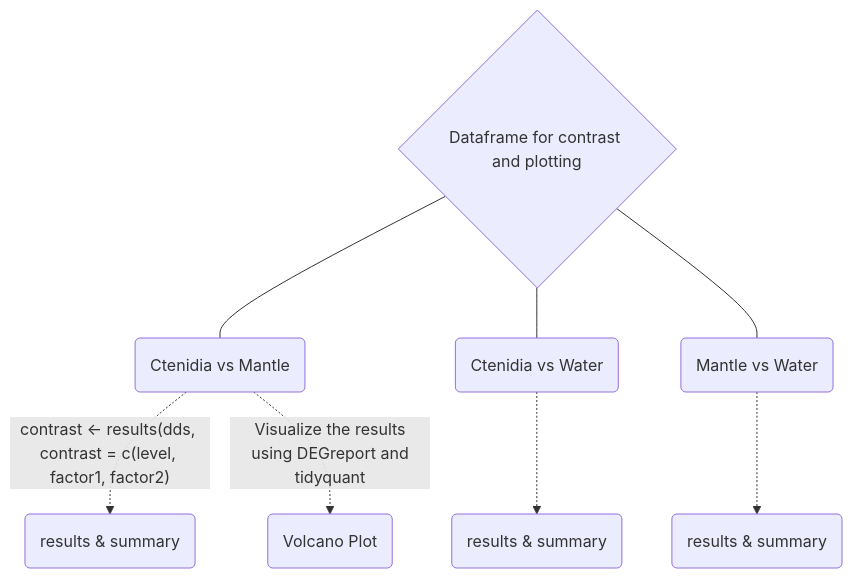
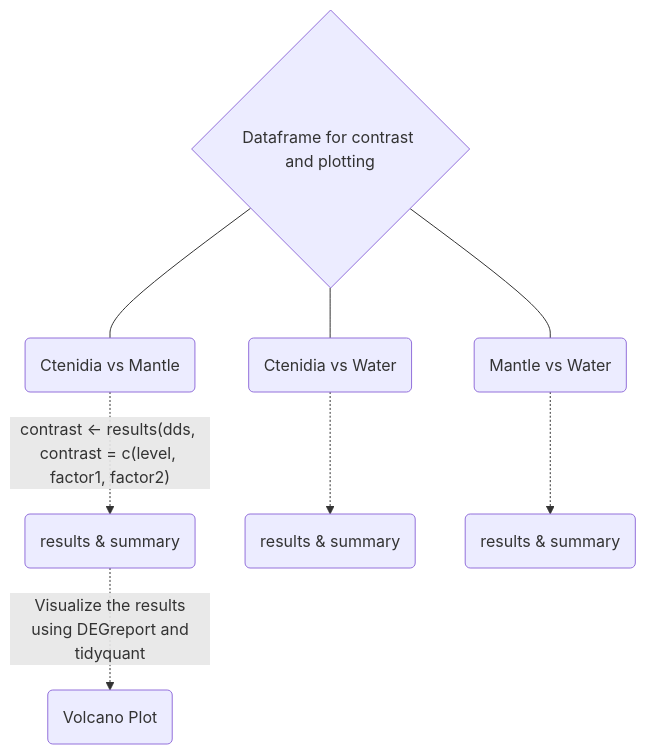
The fifth of 5 diagrams in README.md (aptejada/Mermaid-Markdown-Practice-File), drawn with Mermaid before and after one commit.

````diff
--- a/README.md
+++ b/README.md
@@ -79,10 +79,10 @@
 ```mermaid
 graph TD;
 A{Dataframe for contrast and plotting} ---B(Ctenidia vs Mantle) 
 A ---C(Ctenidia vs Water)
 A ---D(Mantle vs Water)
 B-. "contrast <- results(dds, contrast = c(level, factor1, factor2)" .-> E(results & summary)
 C-. " " .->F(results & summary)
 D-. " " .->G(results & summary)
-B-. "Visualize the results</br> using DEGreport and tidyquant" .->H(Volcano Plot)
+E-. "Visualize the results</br> using DEGreport and tidyquant" .->H(Volcano Plot)
 ```
````
